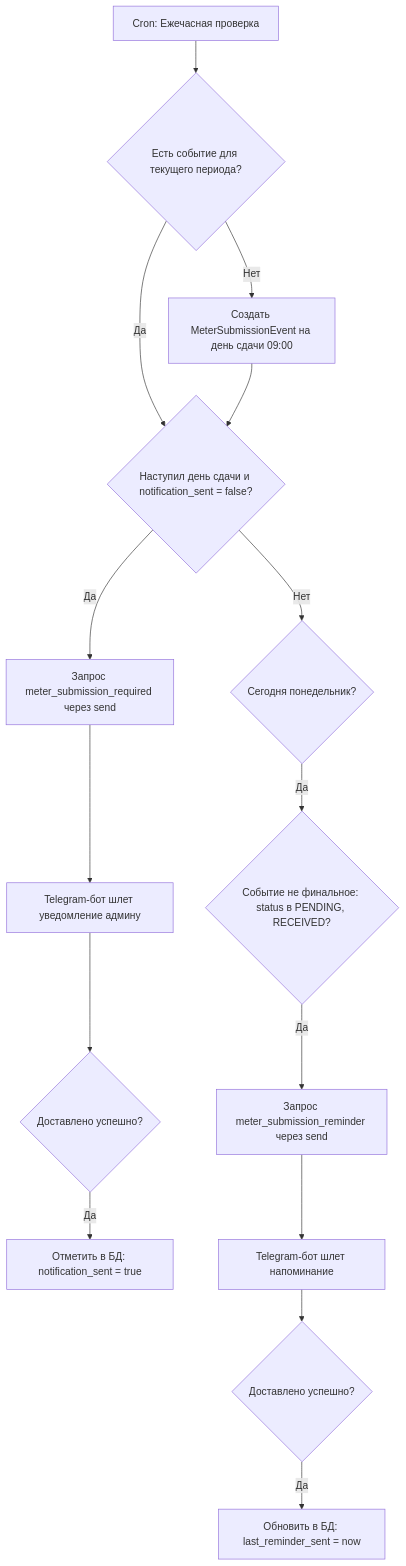
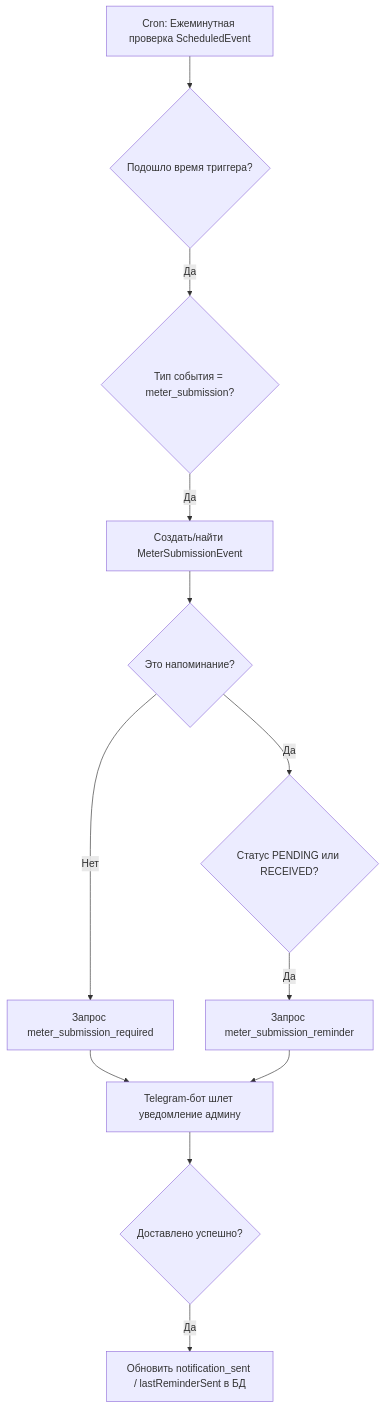
Before and after one commit to vyasinskiy/accruals: the diagram in docs/meter-submission.md, drawn with Mermaid. The commit also changed other lines of this file and 23 other files, not shown here.

````diff
--- a/docs/meter-submission.md
+++ b/docs/meter-submission.md
@@ -7,17 +7,14 @@
 ```mermaid
 graph TD
-    A[Cron: Ежечасная проверка] --> B{Есть событие для текущего периода?}
-    B -- Нет --> C[Создать MeterSubmissionEvent на день сдачи 09:00]
-    B -- Да --> D{Наступил день сдачи и notification_sent = false?}
-    C --> D
-    D -- Да --> E[Запрос meter_submission_required через send]
-    E --> F[Telegram-бот шлет уведомление админу]
-    F --> G{Доставлено успешно?}
-    G -- Да --> H[Отметить в БД: notification_sent = true]
-    D -- Нет --> I{Сегодня понедельник?}
-    I -- Да --> J{Событие не финальное: status в PENDING, RECEIVED?}
-    J -- Да --> K[Запрос meter_submission_reminder через send]
-    K --> L[Telegram-бот шлет напоминание]
-    L --> M{Доставлено успешно?}
-    M -- Да --> N[Обновить в БД: last_reminder_sent = now]
+    A[Cron: Ежеминутная проверка ScheduledEvent] --> B{Подошло время триггера?}
+    B -- Да --> C{Тип события = meter_submission?}
+    C -- Да --> D[Создать/найти MeterSubmissionEvent]
+    D --> E{Это напоминание?}
+    E -- Нет --> F[Запрос meter_submission_required]
+    E -- Да --> G{Статус PENDING или RECEIVED?}
+    G -- Да --> H[Запрос meter_submission_reminder]
+    F --> I[Telegram-бот шлет уведомление админу]
+    H --> I
+    I --> J{Доставлено успешно?}
+    J -- Да --> K[Обновить notification_sent / lastReminderSent в БД]
 ```
````
